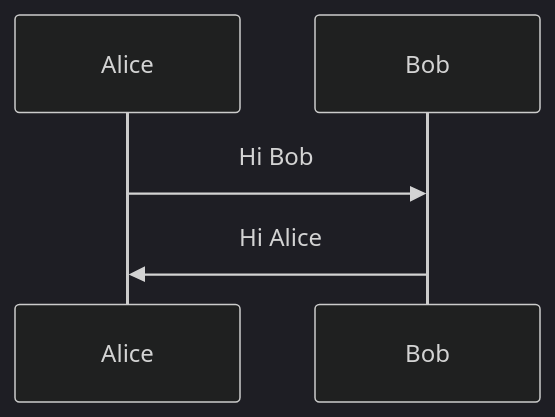
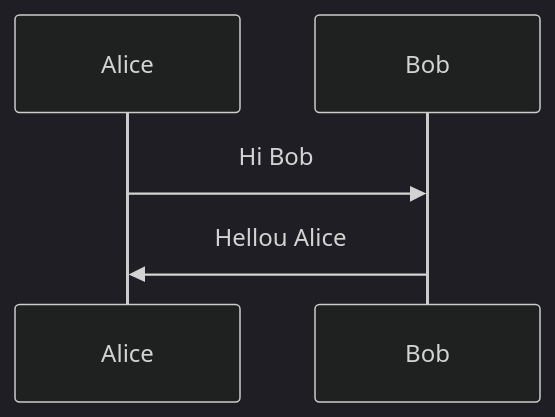
The diagram in test.mermaid (amisca-at/mermaid-sample), drawn with Mermaid (dark theme) before and after one commit.

```diff
--- a/test.mermaid
+++ b/test.mermaid
@@ -1,5 +1,5 @@
 sequenceDiagram
     participant Alice
     participant Bob
     Alice->>Bob: Hi Bob
-    Bob->>Alice: Hi Alice
+    Bob->>Alice: Hellou Alice
```
